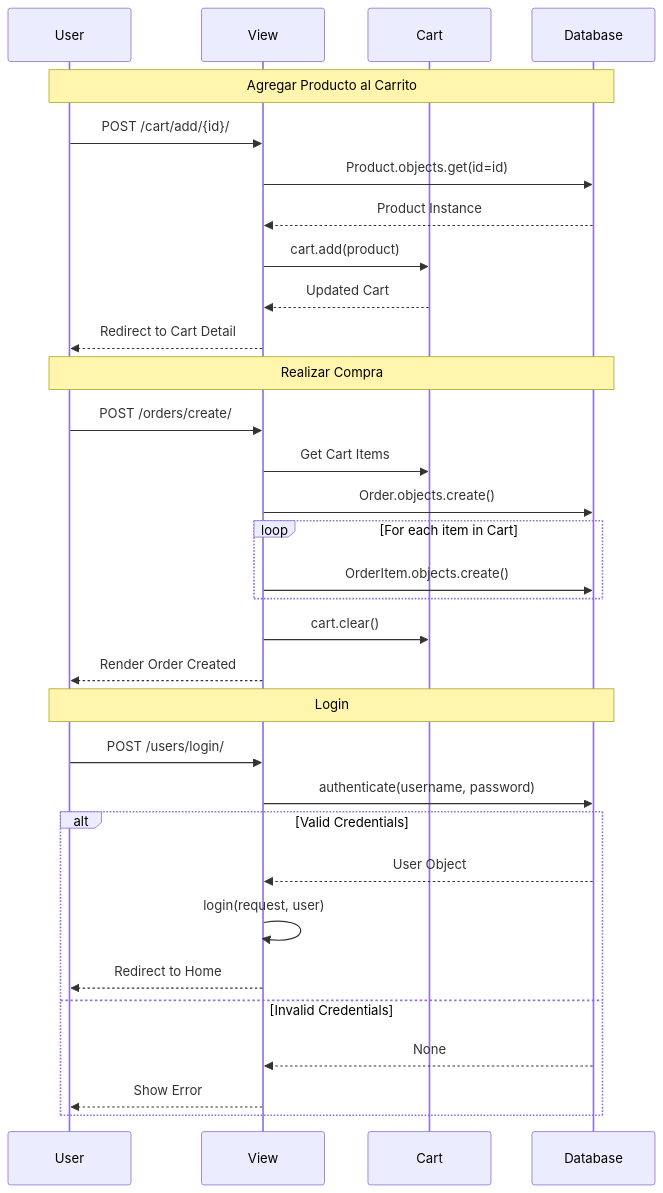
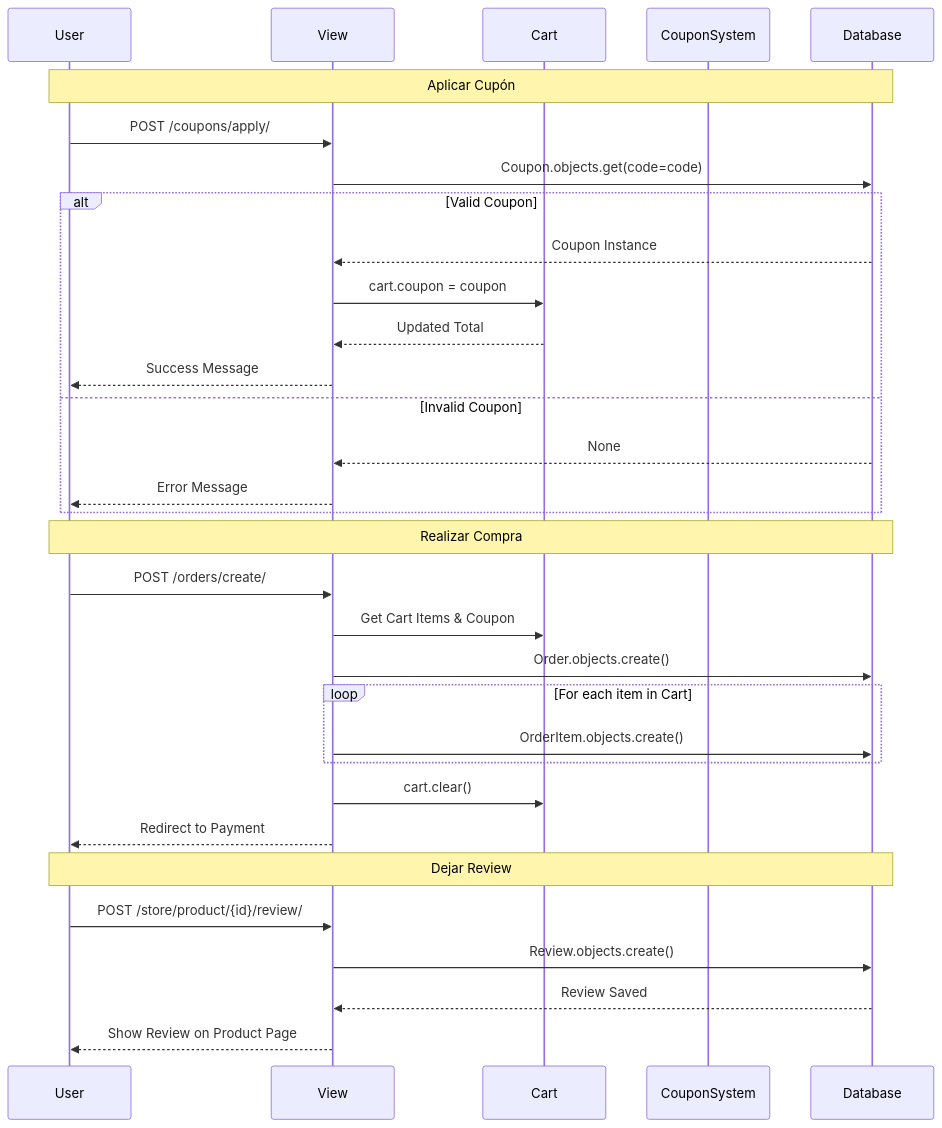
Before and after one commit to estebanhirzfeld/ecommerce_project: the diagram in docs/sequence.mmd, drawn with Mermaid. The commit also changed 4 other files, not shown here.

```diff
--- a/docs/sequence.mmd
+++ b/docs/sequence.mmd
@@ -1,35 +1,35 @@
 sequenceDiagram
     participant User
     participant View
     participant Cart
+    participant CouponSystem
     participant Database
 
-    Note over User, Database: Agregar Producto al Carrito
-    User->>View: POST /cart/add/{id}/
-    View->>Database: Product.objects.get(id=id)
-    Database-->>View: Product Instance
-    View->>Cart: cart.add(product)
-    Cart-->>View: Updated Cart
-    View-->>User: Redirect to Cart Detail
+    Note over User, Database: Aplicar Cupón
+    User->>View: POST /coupons/apply/
+    View->>Database: Coupon.objects.get(code=code)
+    alt Valid Coupon
+        Database-->>View: Coupon Instance
+        View->>Cart: cart.coupon = coupon
+        Cart-->>View: Updated Total
+        View-->>User: Success Message
+    else Invalid Coupon
+        Database-->>View: None
+        View-->>User: Error Message
+    end
 
     Note over User, Database: Realizar Compra
     User->>View: POST /orders/create/
-    View->>Cart: Get Cart Items
+    View->>Cart: Get Cart Items & Coupon
     View->>Database: Order.objects.create()
     loop For each item in Cart
         View->>Database: OrderItem.objects.create()
     end
     View->>Cart: cart.clear()
-    View-->>User: Render Order Created
+    View-->>User: Redirect to Payment
 
-    Note over User, Database: Login
-    User->>View: POST /users/login/
-    View->>Database: authenticate(username, password)
-    alt Valid Credentials
-        Database-->>View: User Object
-        View->>View: login(request, user)
-        View-->>User: Redirect to Home
-    else Invalid Credentials
-        Database-->>View: None
-        View-->>User: Show Error
-    end
+    Note over User, Database: Dejar Review
+    User->>View: POST /store/product/{id}/review/
+    View->>Database: Review.objects.create()
+    Database-->>View: Review Saved
+    View-->>User: Show Review on Product Page
```
